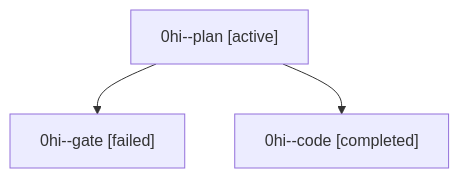
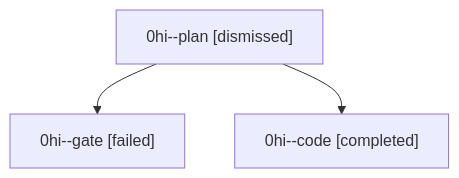
One commit to sase-org/sase--agents changed the diagram in sessions/bbugyi200.athena.0hi.md. Above: the diagram before and after it, drawn with Mermaid. The commit also changed other lines of this file and 31 other files, not shown here.

````diff
--- a/sessions/bbugyi200.athena.0hi.md
+++ b/sessions/bbugyi200.athena.0hi.md
@@ -9,8 +9,8 @@
 ```mermaid
 flowchart TD
-  n0["0hi--plan [active]"]
+  n0["0hi--plan [dismissed]"]
   n1["0hi--gate [failed]"]
   n0 --> n1
   n2["0hi--code [completed]"]
   n0 --> n2
 ```
````
